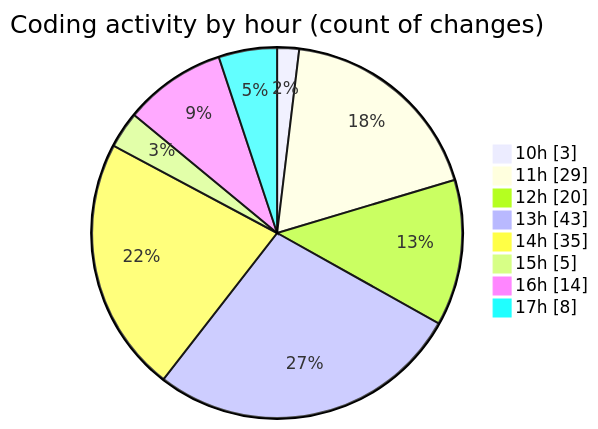
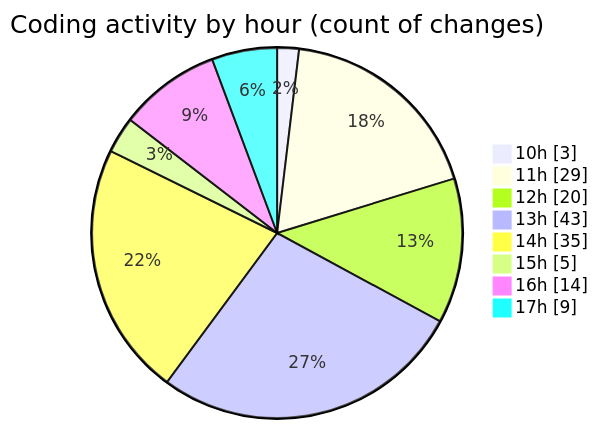
The second of 2 diagrams in 2025-08-14/ribbon/README.md (EIIisD/code-tracking), drawn with Mermaid before and after one commit. The commit also changed other lines of this file and 1 other file, not shown here.

````diff
--- a/2025-08-14/ribbon/README.md
+++ b/2025-08-14/ribbon/README.md
@@ -40,12 +40,12 @@
 ```mermaid
 pie showData
 title Coding activity by hour (count of changes)
 "10h" : 3
 "11h" : 29
 "12h" : 20
 "13h" : 43
 "14h" : 35
 "15h" : 5
 "16h" : 14
-"17h" : 8
+"17h" : 9
 ```
````
